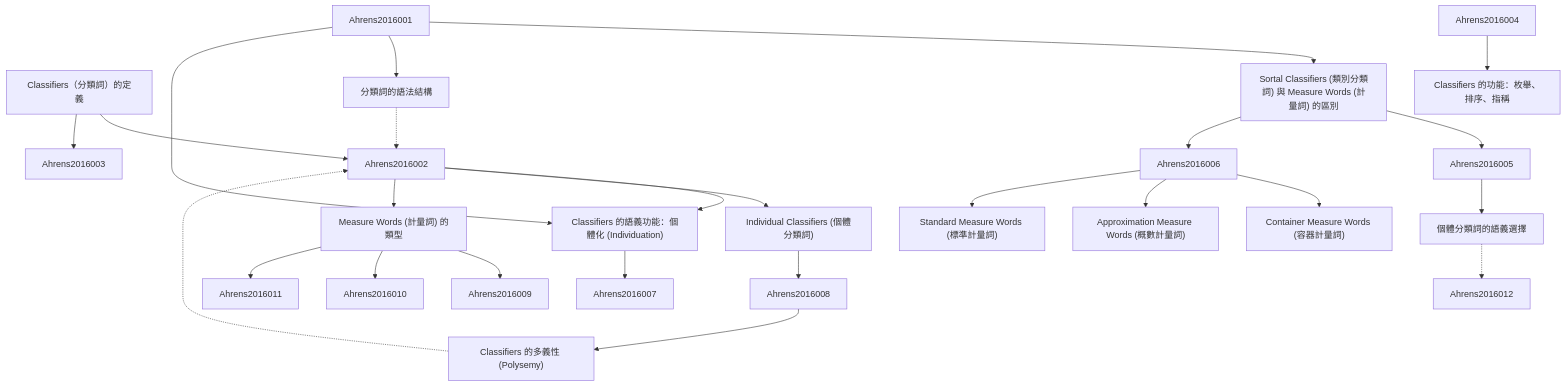
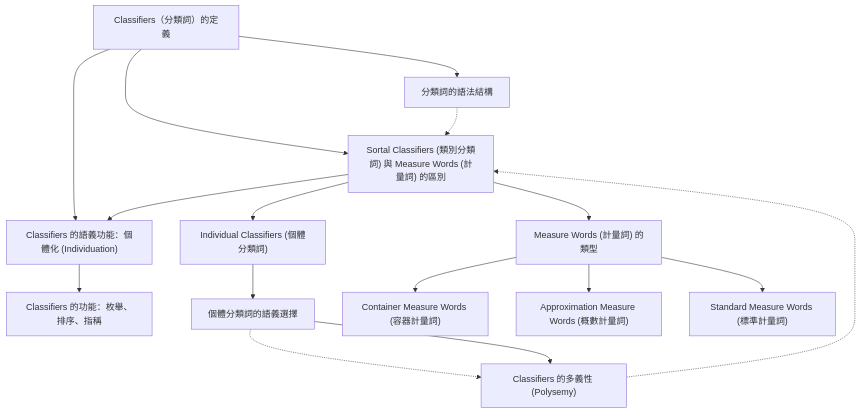
The diagram in output/zettelkasten_notes/zettel_Ahrens-2016_20251104/zettel_index.md (SCgeeker/Claude_Journal_Club_Agents), drawn with Mermaid before and after one commit. The commit also changed 776 other files, not shown here.

````diff
--- a/output/zettelkasten_notes/zettel_Ahrens-2016_20251104/zettel_index.md
+++ b/output/zettelkasten_notes/zettel_Ahrens-2016_20251104/zettel_index.md
@@ -92,76 +92,62 @@
 ```mermaid
 graph TD
 
     Ahrens-2016-001["Classifiers（分類詞）的定義"]
 
     Ahrens-2016-002["Sortal Classifiers (類別分類詞) 與 Measure Words (計量詞) 的區別"]
 
     Ahrens-2016-003["分類詞的語法結構"]
 
     Ahrens-2016-004["Classifiers 的語義功能：個體化 (Individuation)"]
 
     Ahrens-2016-005["Individual Classifiers (個體分類詞)"]
 
     Ahrens-2016-006["Measure Words (計量詞) 的類型"]
 
     Ahrens-2016-007["Classifiers 的功能：枚舉、排序、指稱"]
 
     Ahrens-2016-008["個體分類詞的語義選擇"]
 
     Ahrens-2016-009["Container Measure Words (容器計量詞)"]
 
     Ahrens-2016-010["Approximation Measure Words (概數計量詞)"]
 
     Ahrens-2016-011["Standard Measure Words (標準計量詞)"]
 
     Ahrens-2016-012["Classifiers 的多義性 (Polysemy)"]
 
-    Ahrens-2016-001 --> Ahrens2016002
+    Ahrens-2016-001 --> Ahrens-2016-002
 
-    Ahrens-2016-001 --> Ahrens2016003
+    Ahrens-2016-001 --> Ahrens-2016-003
 
-    Ahrens2016001 --> Ahrens-2016-002
 
-    Ahrens-2016-002 --> Ahrens2016005
+    Ahrens-2016-002 --> Ahrens-2016-005
 
-    Ahrens-2016-002 --> Ahrens2016006
+    Ahrens-2016-002 --> Ahrens-2016-006
 
-    Ahrens2016001 --> Ahrens-2016-003
 
-    Ahrens-2016-003 -.-> Ahrens2016002
+    Ahrens-2016-003 -.-> Ahrens-2016-002
 
-    Ahrens2016001 --> Ahrens-2016-004
+    Ahrens-2016-001 --> Ahrens-2016-004
 
-    Ahrens2016002 --> Ahrens-2016-004
+    Ahrens-2016-002 --> Ahrens-2016-004
 
-    Ahrens-2016-004 --> Ahrens2016007
+    Ahrens-2016-004 --> Ahrens-2016-007
 
-    Ahrens2016002 --> Ahrens-2016-005
 
-    Ahrens-2016-005 --> Ahrens2016008
+    Ahrens-2016-005 --> Ahrens-2016-008
 
-    Ahrens2016002 --> Ahrens-2016-006
 
-    Ahrens-2016-006 --> Ahrens2016009
+    Ahrens-2016-006 --> Ahrens-2016-009
 
-    Ahrens-2016-006 --> Ahrens2016010
+    Ahrens-2016-006 --> Ahrens-2016-010
 
-    Ahrens-2016-006 --> Ahrens2016011
+    Ahrens-2016-006 --> Ahrens-2016-011
 
-    Ahrens2016004 --> Ahrens-2016-007
+    Ahrens-2016-008 -.-> Ahrens-2016-012
 
-    Ahrens2016005 --> Ahrens-2016-008
+    Ahrens-2016-008 --> Ahrens-2016-012
 
-    Ahrens-2016-008 -.-> Ahrens2016012
-
-    Ahrens2016006 --> Ahrens-2016-009
-
-    Ahrens2016006 --> Ahrens-2016-010
-
-    Ahrens2016006 --> Ahrens-2016-011
-
-    Ahrens2016008 --> Ahrens-2016-012
-
-    Ahrens-2016-012 -.-> Ahrens2016002
+    Ahrens-2016-012 -.-> Ahrens-2016-002
 
 ```
````
